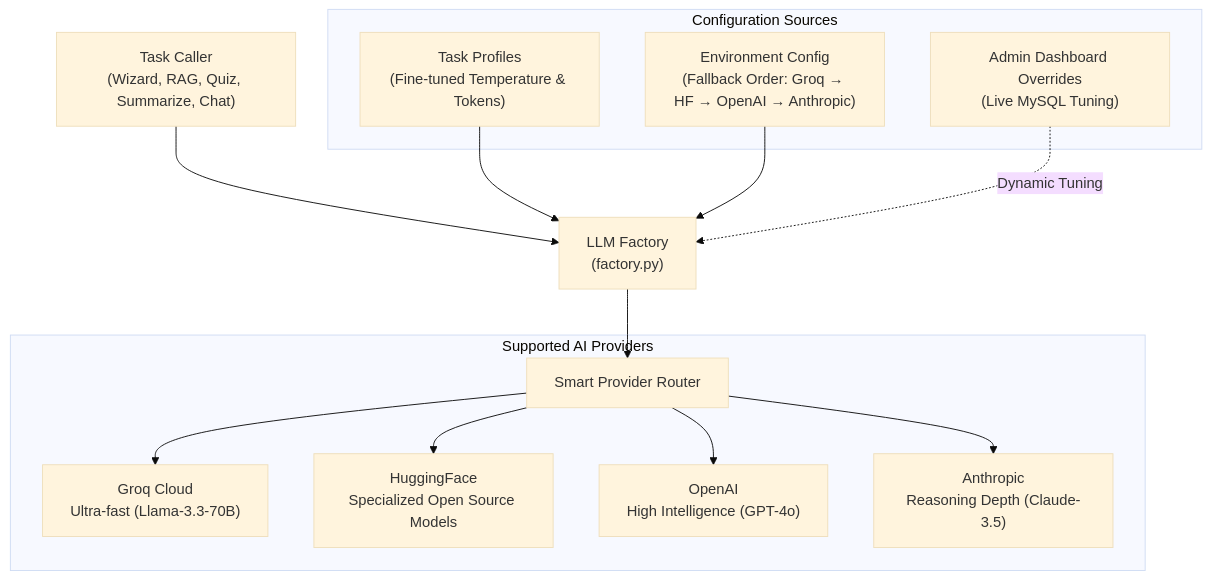
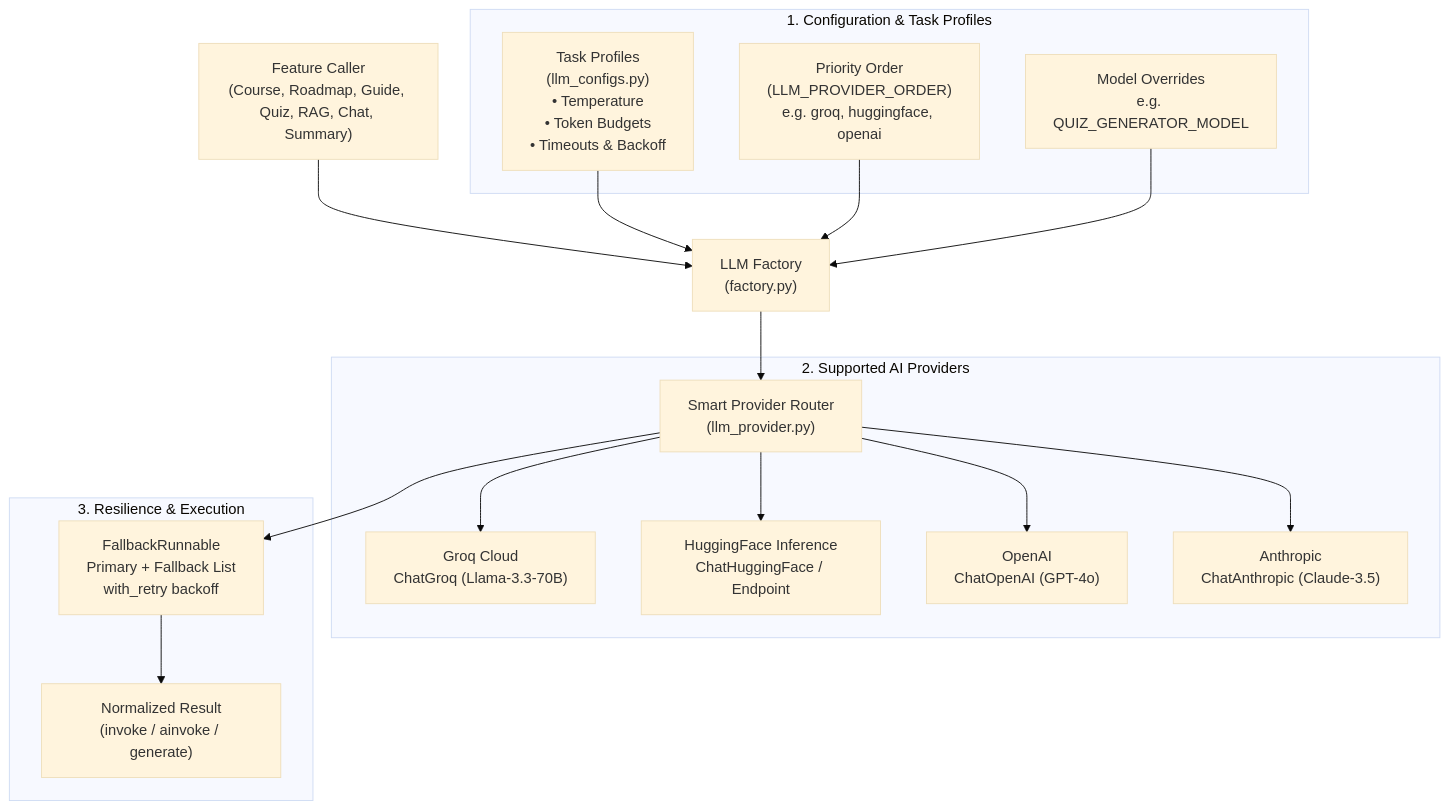
The first of 3 diagrams in docs/LLM_Provider.md (arnoldhere/CognitiveWizard), drawn with Mermaid (base theme) before and after one commit. The commit also changed other lines of this file and 10 other files, not shown here.

````diff
--- a/docs/LLM_Provider.md
+++ b/docs/LLM_Provider.md
@@ -5,23 +27,28 @@
 ```mermaid
 graph TD
-    Consumer["Task Caller<br/>(Wizard, RAG, Quiz, Summarize, Chat)"] --> Factory["LLM Factory<br/>(factory.py)"]
+    Consumer["Feature Caller<br/>(Course, Roadmap, Guide, Quiz, RAG, Chat, Summary)"] --> Factory["LLM Factory<br/>(factory.py)"]
 
-    subgraph Configuration ["Configuration Sources"]
-        Profiles["Task Profiles<br/>(Fine-tuned Temperature & Tokens)"]
-        Env["Environment Config<br/>(Fallback Order: Groq → HF → OpenAI → Anthropic)"]
-        DBConfig["Admin Dashboard Overrides<br/>(Live MySQL Tuning)"]
+    subgraph ConfigLayer ["1. Configuration & Task Profiles"]
+        TaskProfiles["Task Profiles<br/>(llm_configs.py)<br/>• Temperature<br/>• Token Budgets<br/>• Timeouts & Backoff"]
+        EnvOrder["Priority Order<br/>(LLM_PROVIDER_ORDER)<br/>e.g. groq, huggingface, openai"]
+        ModelOverrides["Model Overrides<br/>e.g. QUIZ_GENERATOR_MODEL"]
     end
 
-    Profiles --> Factory
-    Env --> Factory
-    DBConfig -.->|Dynamic Tuning| Factory
+    TaskProfiles --> Factory
+    EnvOrder --> Factory
+    ModelOverrides --> Factory
 
-    Factory --> ProviderClass["Smart Provider Router"]
+    Factory --> Router["Smart Provider Router<br/>(llm_provider.py)"]
 
-    subgraph Backends ["Supported AI Providers"]
-        ProviderClass --> Groq["Groq Cloud<br/>Ultra-fast (Llama-3.3-70B)"]
-        ProviderClass --> HF["HuggingFace<br/>Specialized Open Source Models"]
-        ProviderClass --> OpenAI["OpenAI<br/>High Intelligence (GPT-4o)"]
-        ProviderClass --> Anthropic["Anthropic<br/>Reasoning Depth (Claude-3.5)"]
+    subgraph Backends ["2. Supported AI Providers"]
+        Router --> Groq["Groq Cloud<br/>ChatGroq (Llama-3.3-70B)"]
+        Router --> HF["HuggingFace Inference<br/>ChatHuggingFace / Endpoint"]
+        Router --> OpenAI["OpenAI<br/>ChatOpenAI (GPT-4o)"]
+        Router --> Anthropic["Anthropic<br/>ChatAnthropic (Claude-3.5)"]
+    end
+
+    subgraph ExecutionLayer ["3. Resilience & Execution"]
+        Router --> FallbackChain["FallbackRunnable<br/>Primary + Fallback List<br/>with_retry backoff"]
+        FallbackChain --> Output["Normalized Result<br/>(invoke / ainvoke / generate)"]
     end
 ```
````
